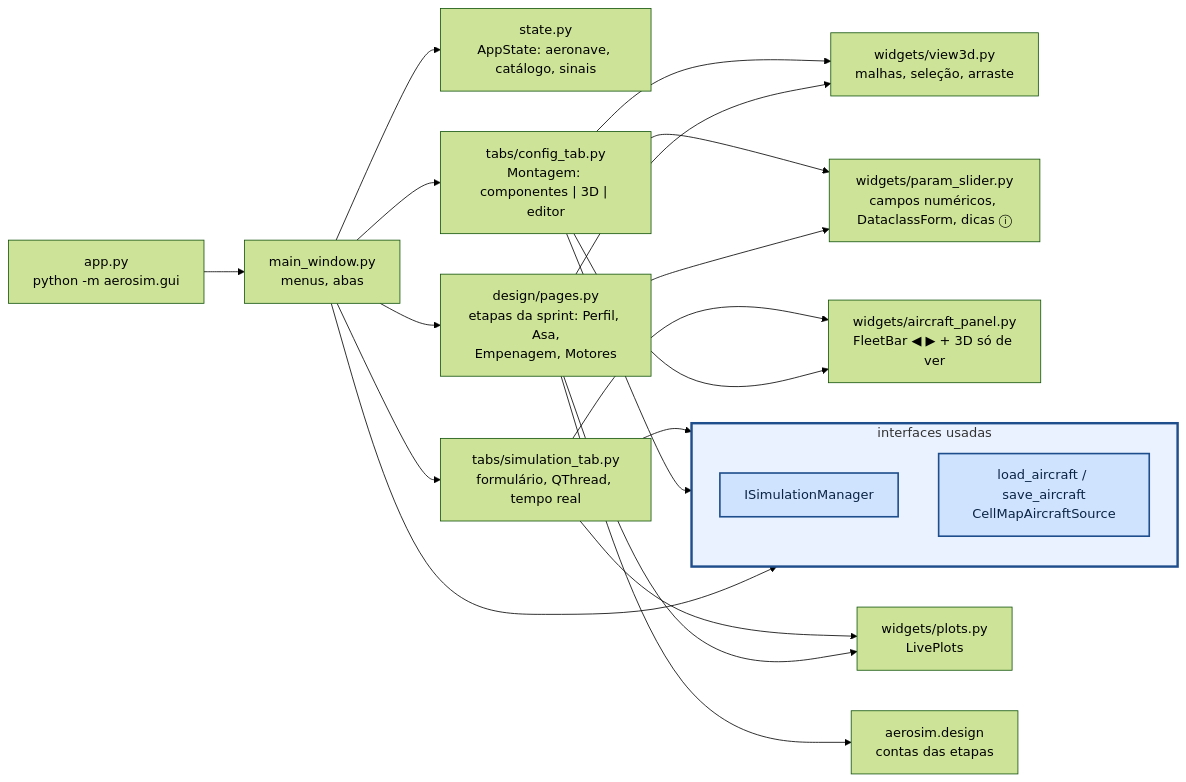
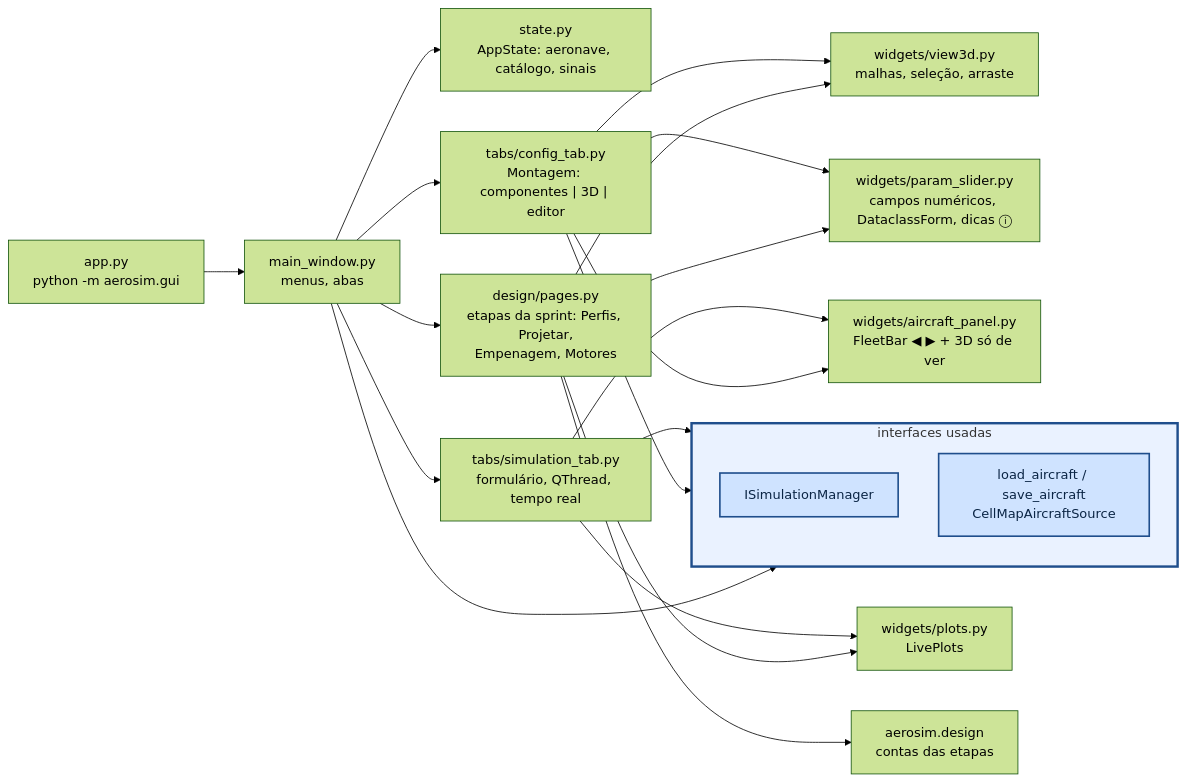
The first of 2 diagrams in aerosim/gui/README.md (vitordallolivo/AircraftSimulation), drawn with Mermaid (forest theme) before and after one commit. The commit also changed other lines of this file and 9 other files, not shown here.

First line of the commit message:
aerodinâmica: subabas viram Perfis, Projetar e Analisar

````diff
--- a/aerosim/gui/README.md
+++ b/aerosim/gui/README.md
@@ -18,32 +18,32 @@
 ```mermaid
 flowchart LR
     subgraph API["interfaces usadas"]
         direction TB
         ISM["ISimulationManager"]
         SRC["load_aircraft / save_aircraft<br/>CellMapAircraftSource"]
     end
     APP["app.py<br/>python -m aerosim.gui"]
     MW["main_window.py<br/>menus, abas"]
     ST["state.py<br/>AppState: aeronave, catálogo, sinais"]
     CT["tabs/config_tab.py<br/>Montagem: componentes | 3D | editor"]
     AP["widgets/aircraft_panel.py<br/>FleetBar ◀ ▶ + 3D só de ver"]
-    DP["design/pages.py<br/>etapas da sprint: Perfil, Asa,<br/>Empenagem, Motores"]
+    DP["design/pages.py<br/>etapas da sprint: Perfis, Projetar,<br/>Empenagem, Motores"]
     DS["aerosim.design<br/>contas das etapas"]
     STAB["tabs/simulation_tab.py<br/>formulário, QThread, tempo real"]
     V3D["widgets/view3d.py<br/>malhas, seleção, arraste"]
     PS["widgets/param_slider.py<br/>campos numéricos, DataclassForm, dicas ⓘ"]
     PL["widgets/plots.py<br/>LivePlots"]
     APP --> MW --> ST
     MW --> CT & STAB
     CT --> V3D & PS
     STAB --> PL & AP
     MW --> DP --> DS
     DP --> V3D & PL & PS
     CT --> AP
     STAB --> ISM
     CT --> ISM
     MW --> SRC
     classDef iface fill:#cfe3ff,stroke:#1f4e8c,stroke-width:2px,color:#0b2545
     class ISM,SRC iface
     style API fill:#eaf2ff,stroke:#1f4e8c,stroke-width:3px
 ```
````
